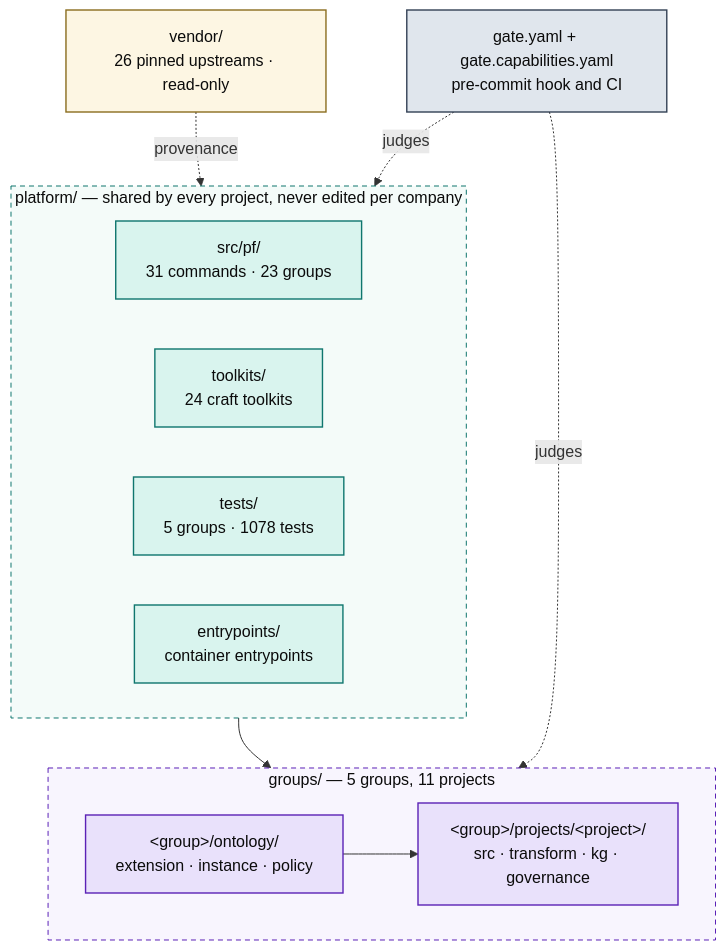
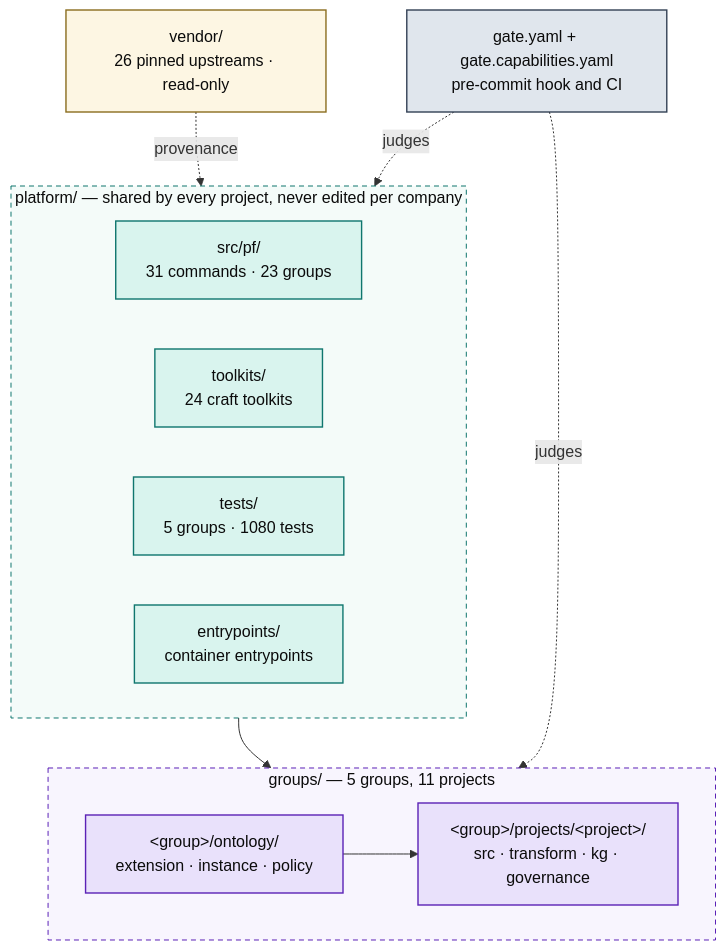
Before and after one commit to Atomz-org/data-platform: the first of 5 diagrams in docs/ARCHITECTURE.md, drawn with Mermaid. The commit also changed other lines of this file and 2 other files, not shown here.

First line of the commit message:
chore(commodity-india): regenerate graph and architecture maps

````diff
--- a/docs/ARCHITECTURE.md
+++ b/docs/ARCHITECTURE.md
@@ -15,36 +15,36 @@
 ```mermaid
 flowchart TB
   subgraph SHARED["platform/ — shared by every project, never edited per company"]
     direction LR
     ENG["src/pf/<br/>31 commands · 23 groups"]
     TK["toolkits/<br/>24 craft toolkits"]
-    TST["tests/<br/>5 groups · 1078 tests"]
+    TST["tests/<br/>5 groups · 1080 tests"]
     ENT["entrypoints/<br/>container entrypoints"]
   end
 
   subgraph ENTITIES["groups/ — 5 groups, 11 projects"]
     direction LR
     GRP["&lt;group&gt;/ontology/<br/>extension · instance · policy"]
     PRJ["&lt;group&gt;/projects/&lt;project&gt;/<br/>src · transform · kg · governance"]
     GRP --> PRJ
   end
 
   VEN["vendor/<br/>26 pinned upstreams · read-only"]
   GATE["gate.yaml + gate.capabilities.yaml<br/>pre-commit hook and CI"]
 
   SHARED --> ENTITIES
   VEN -.provenance.-> SHARED
   GATE -.judges.-> ENTITIES
   GATE -.judges.-> SHARED
 
   classDef code fill:#d9f4ee,stroke:#0f766e,stroke-width:1.4px,color:#0b0b0b
   classDef data fill:#e9e1fb,stroke:#5b21b6,stroke-width:1.4px,color:#0b0b0b
   classDef gov fill:#e0e6ed,stroke:#334155,stroke-width:1.4px,color:#0b0b0b
   classDef ext fill:#fdf6e3,stroke:#8a6d1f,stroke-width:1.4px,color:#0b0b0b
   class ENG,TK,TST,ENT code
   class GRP,PRJ data
   class GATE gov
   class VEN ext
   style SHARED fill:#f4fbf9,stroke:#0f766e,stroke-dasharray:5 4,color:#0b0b0b
   style ENTITIES fill:#f8f5fe,stroke:#5b21b6,stroke-dasharray:5 4,color:#0b0b0b
 ```
````
